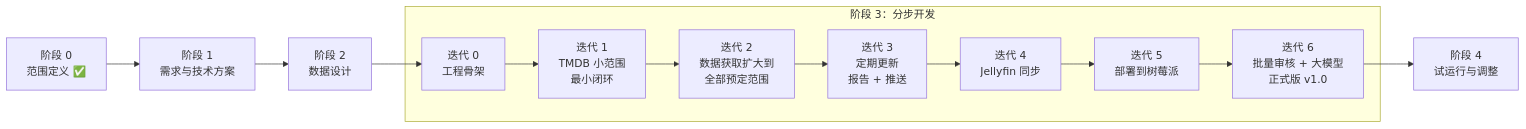
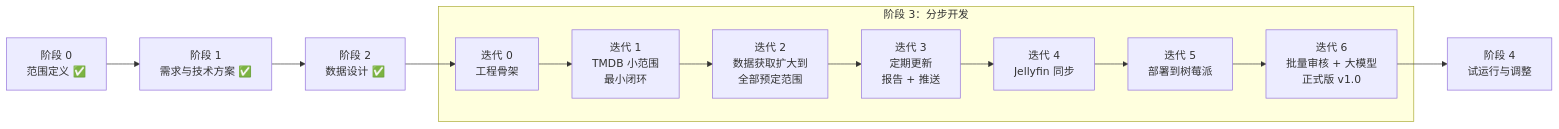
The first of 2 diagrams in docs/plan.md (hfeng-9527/Documentary), drawn with Mermaid before and after one commit. The commit also changed other lines of this file and 9 other files, not shown here.

````diff
--- a/docs/plan.md
+++ b/docs/plan.md
@@ -26,15 +26,15 @@
 ```mermaid
 flowchart LR
-    P0["阶段 0<br/>范围定义 ✅"] --> P1["阶段 1<br/>需求与技术方案"]
-    P1 --> P2["阶段 2<br/>数据设计"]
+    P0["阶段 0<br/>范围定义 ✅"] --> P1["阶段 1<br/>需求与技术方案 ✅"]
+    P1 --> P2["阶段 2<br/>数据设计 ✅"]
     P2 --> I0
     subgraph P3["阶段 3：分步开发"]
         I0["迭代 0<br/>工程骨架"] --> I1["迭代 1<br/>TMDB 小范围<br/>最小闭环"]
         I1 --> I2["迭代 2<br/>数据获取扩大到<br/>全部预定范围"]
         I2 --> I3["迭代 3<br/>定期更新<br/>报告 + 推送"]
         I3 --> I4["迭代 4<br/>Jellyfin 同步"]
         I4 --> I5["迭代 5<br/>部署到树莓派"]
         I5 --> I6["迭代 6<br/>批量审核 + 大模型<br/>正式版 v1.0"]
     end
     I6 --> P4["阶段 4<br/>试运行与调整"]
 ```
````
